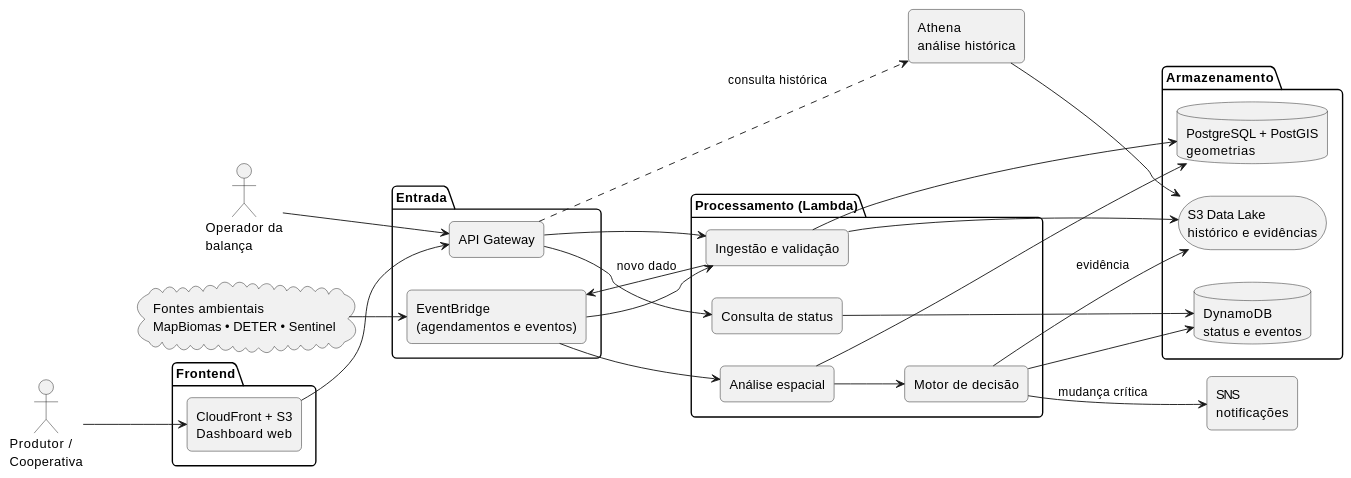
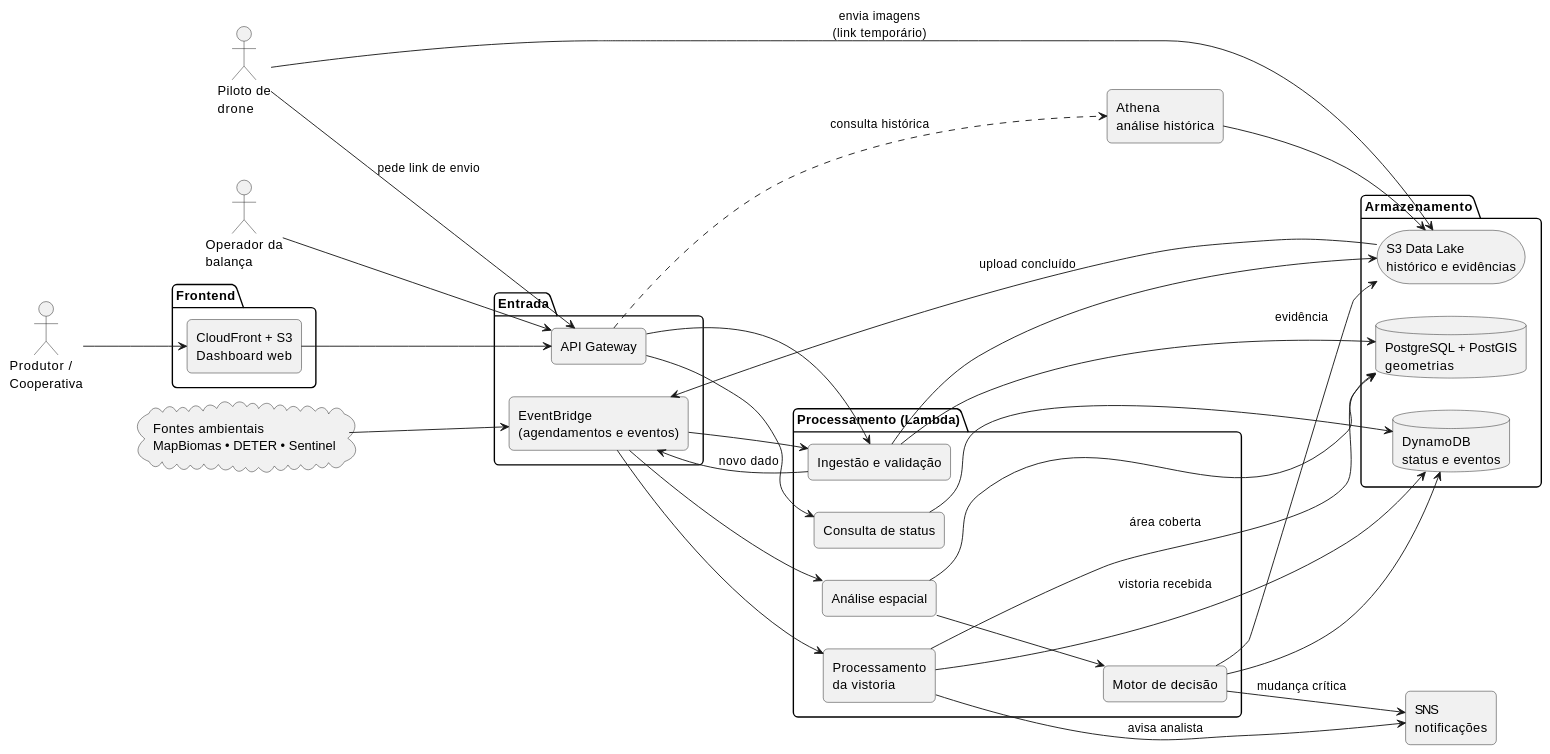
The diagram in docs/Elaboracao/arquitetura.md (Projetos-de-Extensao/PC_ADS_26.2_8001_II), drawn with PlantUML before and after one commit. The commit also changed other lines of this file and 7 other files, not shown here.

````diff
--- a/docs/Elaboracao/arquitetura.md
+++ b/docs/Elaboracao/arquitetura.md
@@ -26,56 +30,65 @@
 ```plantuml
 @startuml LavouraInteligente_Arquitetura
 left to right direction
 skinparam componentStyle rectangle
 skinparam roundCorner 10
 
 actor "Produtor /\nCooperativa" as User
 actor "Operador da\nbalança" as Balanca
+actor "Piloto de\ndrone" as Piloto
 cloud "Fontes ambientais\nMapBiomas • DETER • Sentinel" as Fontes
 
 package "Frontend" {
   [CloudFront + S3\nDashboard web] as Front
 }
 
 package "Entrada" {
   [API Gateway] as APIGW
   [EventBridge\n(agendamentos e eventos)] as EB
 }
 
 package "Processamento (Lambda)" {
   [Ingestão e validação] as LIngest
   [Análise espacial] as LGeo
   [Motor de decisão] as LDec
   [Consulta de status] as LStatus
+  [Processamento\nda vistoria] as LDrone
 }
 
 package "Armazenamento" {
   database "DynamoDB\nstatus e eventos" as DDB
   database "PostgreSQL + PostGIS\ngeometrias" as PG
   storage "S3 Data Lake\nhistórico e evidências" as S3
 }
 
 [Athena\nanálise histórica] as Athena
 [SNS\nnotificações] as SNS
 
 User --> Front
 Front --> APIGW
 Balanca --> APIGW
+Piloto --> APIGW : pede link de envio
+Piloto --> S3 : envia imagens\n(link temporário)
+S3 --> EB : upload concluído
+EB --> LDrone
+LDrone --> PG : área coberta
+LDrone --> DDB : vistoria recebida
+LDrone --> SNS : avisa analista
 Fontes --> EB
 APIGW --> LIngest
 APIGW --> LStatus
 EB --> LIngest
 LIngest --> S3
 LIngest --> PG
 LIngest --> EB : novo dado
 EB --> LGeo
 LGeo --> PG
 LGeo --> LDec
 LDec --> DDB
 LDec --> S3 : evidência
 LDec --> SNS : mudança crítica
 LStatus --> DDB
 Athena --> S3
 APIGW ..> Athena : consulta histórica
 @enduml
 ```
````
